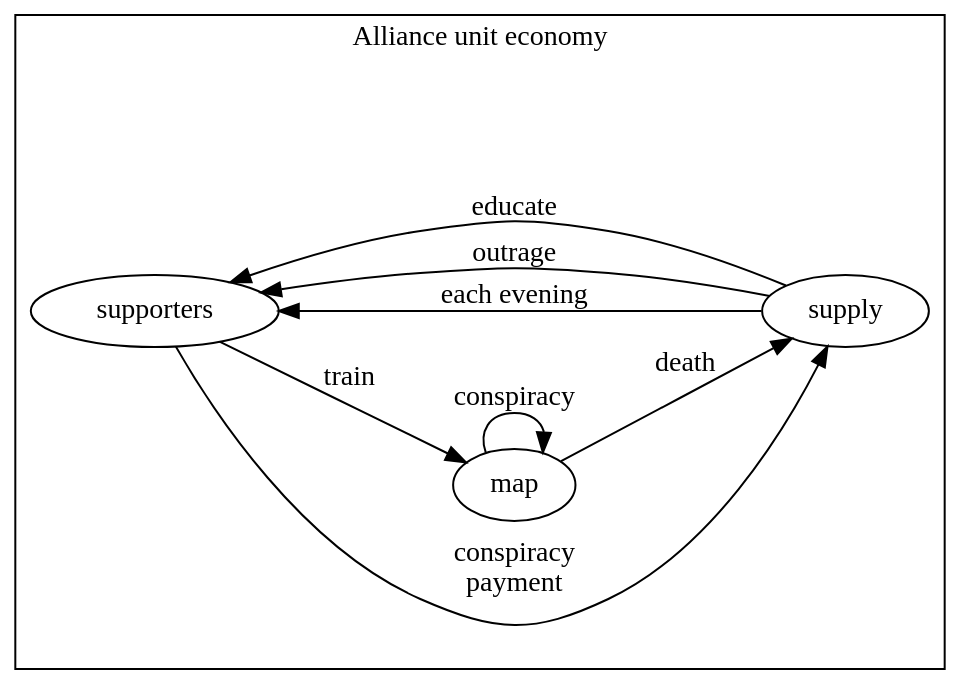
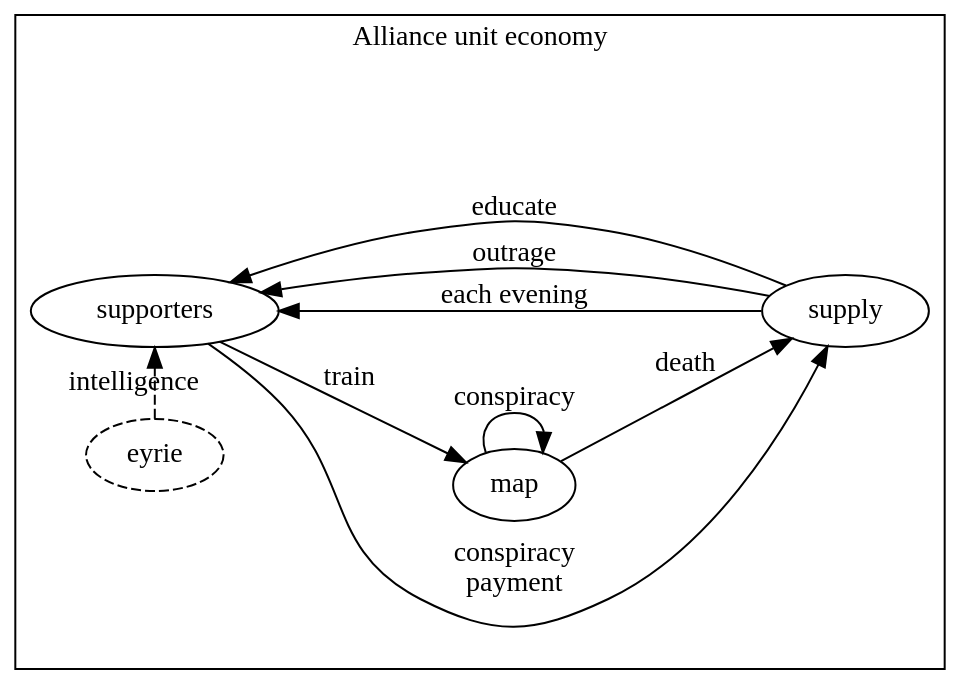
Before and after one commit to krawaller/root: the diagram in diagrams/alliance-units.dot, drawn with Graphviz. The commit also changed 1 other file, not shown here.

Commit message:
add eyrie intel to alliance unit map

```diff
--- a/diagrams/alliance-units.dot
+++ b/diagrams/alliance-units.dot
@@ -1,30 +1,34 @@
 digraph {
   rankdir = LR;
   bgcolor = transparent;
 
   subgraph cluster_allianceunits {
 
     label = "Alliance unit economy"
 
     supporters
 
     supply
 
     map -> map [label="conspiracy"]
 
 
     supply -> supporters [label="each evening"]
 
     supply -> supporters [label="outrage"]
 
     supply -> supporters [label="educate"]
 
 
     supporters -> map [label="train"]
 
     supporters -> supply [label="conspiracy\npayment"]
 
     map -> supply [label="death"]
 
+    eyrie [style="dashed"]
+    eyrie -> supporters [label="intelligence" style="dashed"]
+
+    {rank=same; eyrie, supporters}
   }
 }
```
